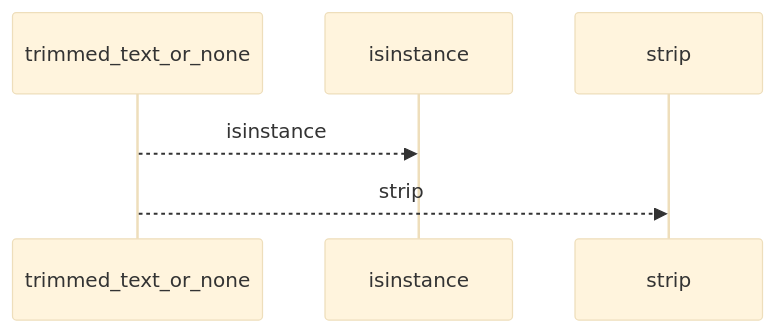
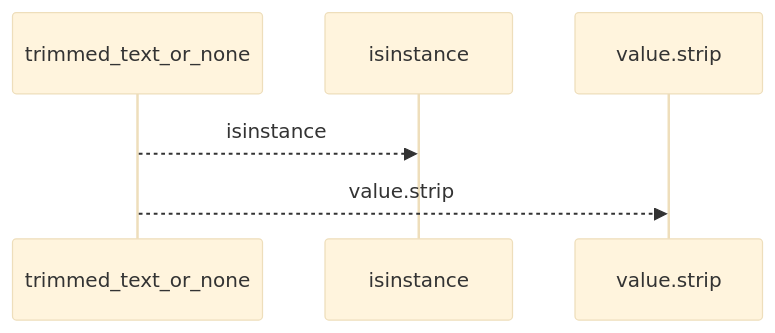
Before and after one commit to Denissvgn/python-wiki-llm: the first of 2 diagrams in docs/llm_wiki/flows/api-trimmed_text_or_none.md, drawn with Mermaid (base theme). The commit also changed other lines of this file and 719 other files, not shown here.

````diff
--- a/docs/llm_wiki/flows/api-trimmed_text_or_none.md
+++ b/docs/llm_wiki/flows/api-trimmed_text_or_none.md
@@ -10,8 +10,8 @@
 ```mermaid
 sequenceDiagram
     participant p0 as trimmed_text_or_none
     participant p1 as isinstance
-    participant p2 as strip
+    participant p2 as value.strip
     p0-->>p1: isinstance
-    p0-->>p2: strip
+    p0-->>p2: value.strip
 ```
````
